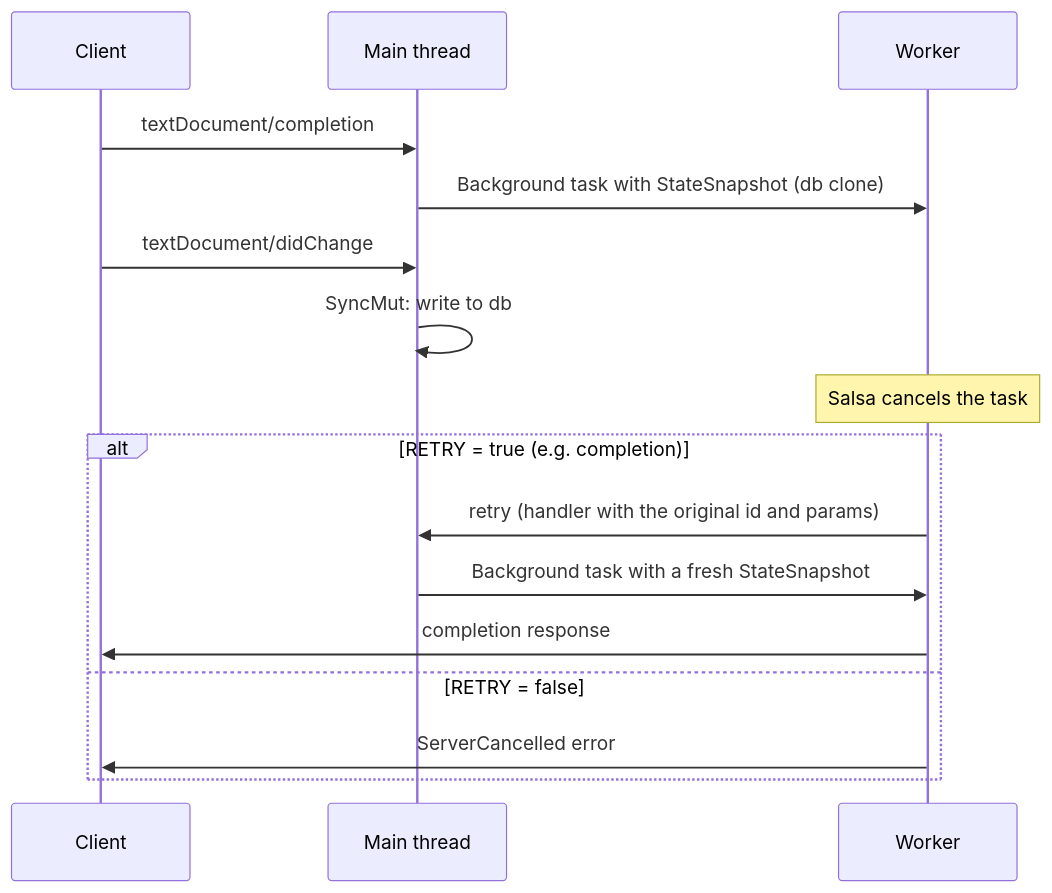
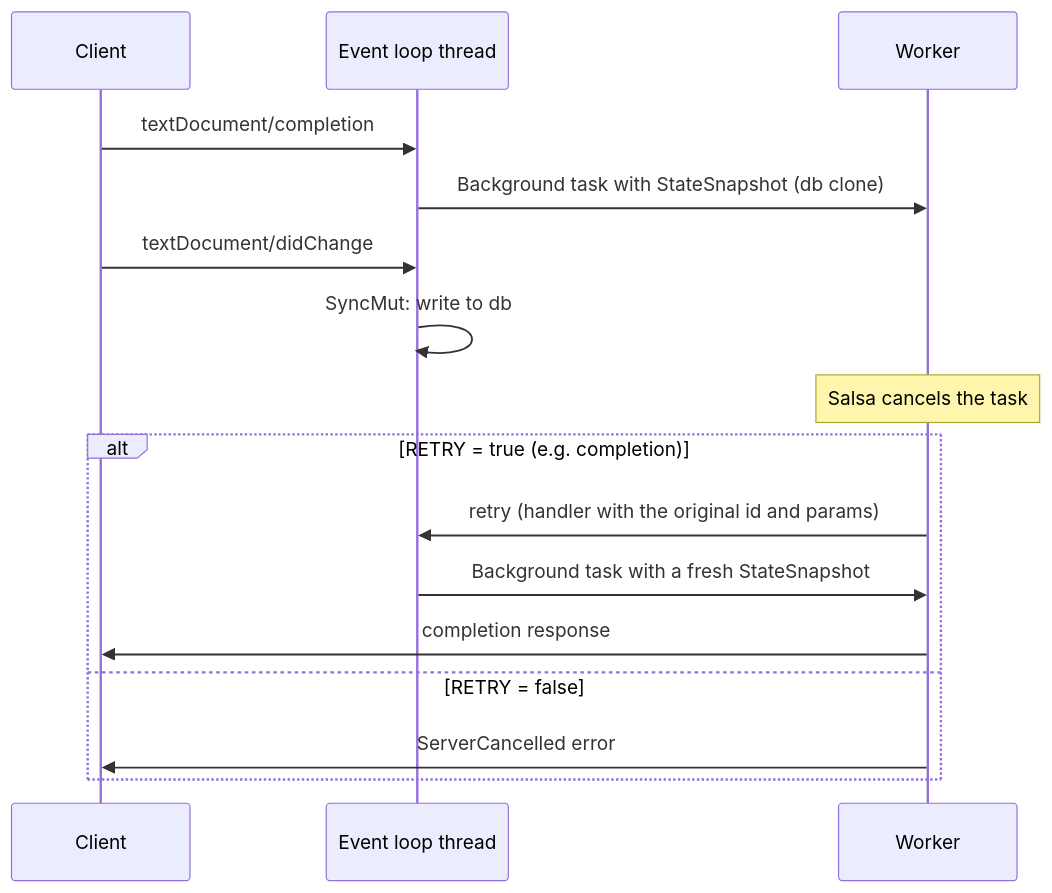
One commit to software-mansion/cairols changed the fourth of 7 diagrams in ARCHITECTURE.md. Above: the diagram before and after it, drawn with Mermaid. The commit also changed other lines of this file, not shown here.

````diff
--- a/ARCHITECTURE.md
+++ b/ARCHITECTURE.md
@@ -294,18 +306,18 @@
 ```mermaid
 sequenceDiagram
     participant C as Client
-    participant M as Main thread
+    participant M as Event loop thread
     participant W as Worker
     C->>M: textDocument/completion
     M->>W: Background task with StateSnapshot (db clone)
     C->>M: textDocument/didChange
     M->>M: SyncMut: write to db
     Note over W: Salsa cancels the task
     alt RETRY = true (e.g. completion)
         W->>M: retry (handler with the original id and params)
         M->>W: Background task with a fresh StateSnapshot
         W->>C: completion response
     else RETRY = false
         W->>C: ServerCancelled error
     end
 ```
````
